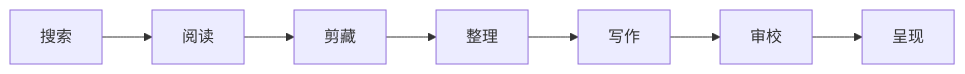
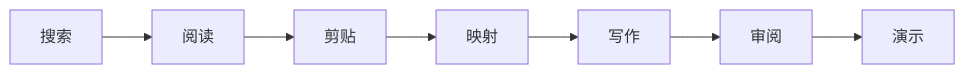
The diagram in README.zh-CN.md (surfine/AI-System-6), drawn with Mermaid before and after one commit. The commit also changed other lines of this file and 960 other files, not shown here.

````diff
--- a/README.zh-CN.md
+++ b/README.zh-CN.md
@@ -57,4 +62,4 @@
 ```mermaid
 flowchart LR
-    A["搜索"] --> B["阅读"] --> C["剪藏"] --> D["整理"] --> E["写作"] --> F["审校"] --> G["呈现"]
+    A["搜索"] --> B["阅读"] --> C["剪贴"] --> D["映射"] --> E["写作"] --> F["审阅"] --> G["演示"]
 ```
````
